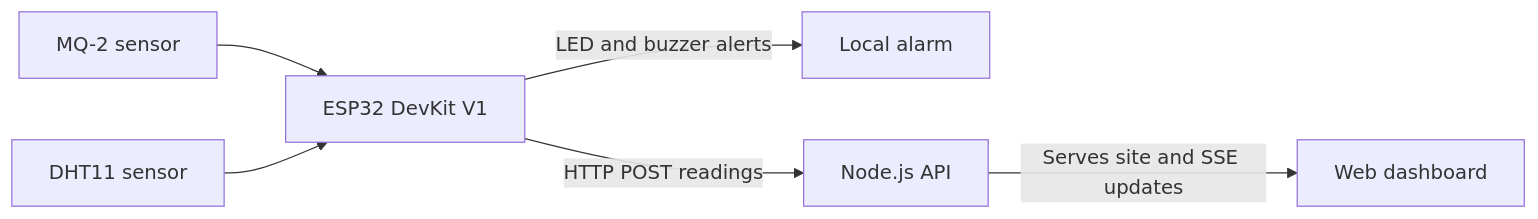
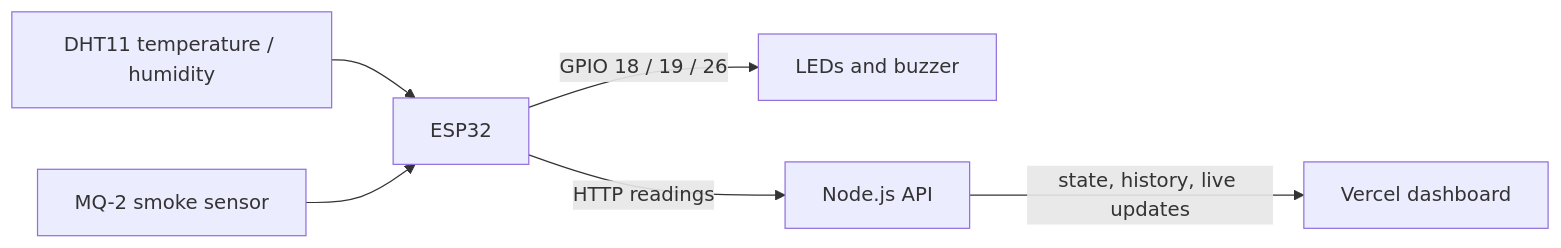
One commit to Taarunkarthik/GAS_DETECTION_SYSTEM changed the diagram in README.md. Above: the diagram before and after it, drawn with Mermaid. The commit also changed other lines of this file, not shown here.

````diff
--- a/README.md
+++ b/README.md
@@ -43,8 +44,8 @@
 ```mermaid
 flowchart LR
-  MQ[MQ-2 sensor] --> ESP[ESP32 DevKit V1]
-  DHT[DHT11 sensor] --> ESP
-  ESP -->|LED and buzzer alerts| ALARM[Local alarm]
-  ESP -->|HTTP POST readings| API[Node.js API]
-  API -->|Serves site and SSE updates| WEB[Web dashboard]
+  DHT[DHT11 temperature / humidity] --> ESP[ESP32]
+  MQ[MQ-2 smoke sensor] --> ESP
+  ESP -->|GPIO 18 / 19 / 26| ALARM[LEDs and buzzer]
+  ESP -->|HTTP readings| API[Node.js API]
+  API -->|state, history, live updates| WEB[Vercel dashboard]
 ```
````
